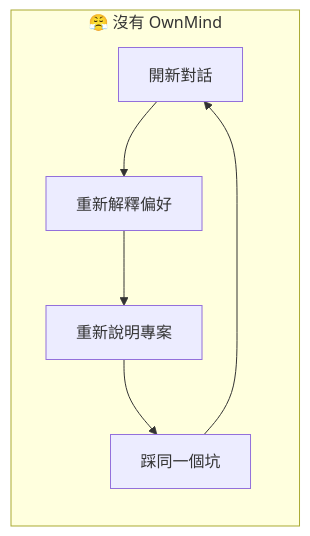
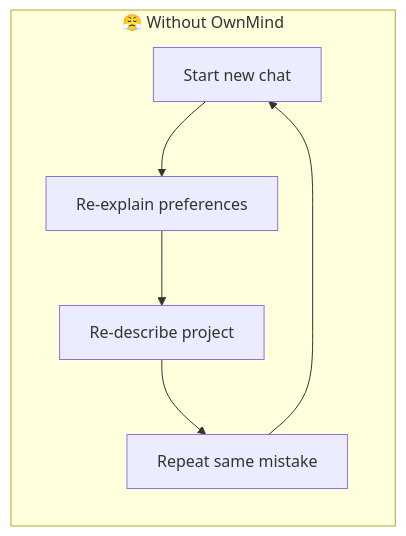
The first of 4 diagrams in README.md (miou1107/ownmind), drawn with Mermaid before and after one commit. The commit also changed other lines of this file and 2 other files, not shown here.

````diff
--- a/README.md
+++ b/README.md
@@ -11,9 +13,9 @@
 ```mermaid
 graph LR
-    subgraph "😤 沒有 OwnMind"
-        A["開新對話"] --> B["重新解釋偏好"]
-        B --> C["重新說明專案"]
-        C --> D["踩同一個坑"]
+    subgraph "😤 Without OwnMind"
+        A["Start new chat"] --> B["Re-explain preferences"]
+        B --> C["Re-describe project"]
+        C --> D["Repeat same mistake"]
         D --> A
     end
 ```
````
